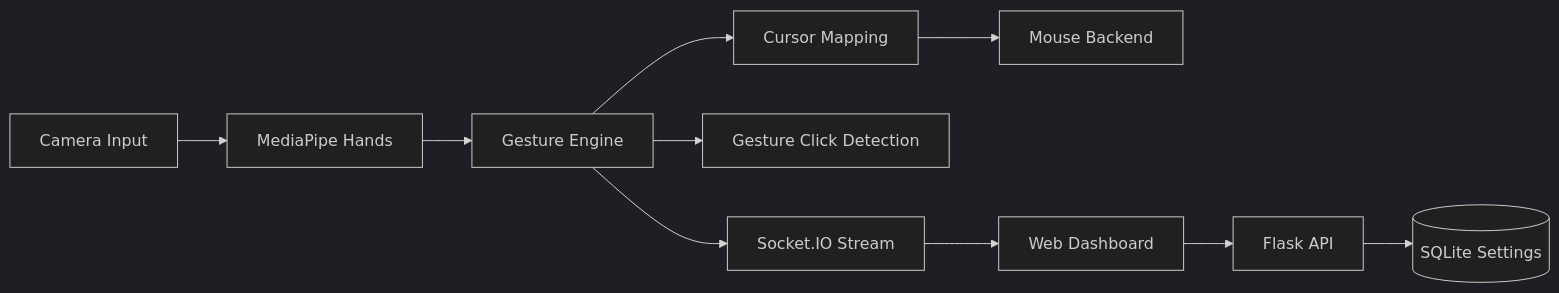
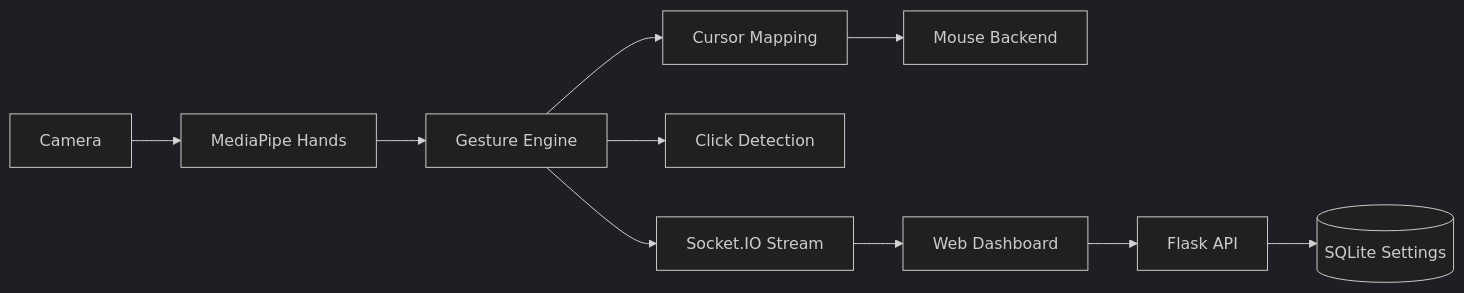
One commit to sudo-yf/hackathon2510 changed the diagram in README.md. Above: the diagram before and after it, drawn with Mermaid (dark theme). The commit also changed other lines of this file and 3 other files, not shown here.

````diff
--- a/README.md
+++ b/README.md
@@ -42,12 +30,12 @@
 ```mermaid
 graph LR
-    Cam[Camera Input] --> Vision[MediaPipe Hands]
-    Vision --> Gesture[Gesture Engine]
-    Gesture --> Cursor[Cursor Mapping]
-    Gesture --> Click[Gesture Click Detection]
-    Cursor --> Mouse[Mouse Backend]
-    Gesture --> WS[Socket.IO Stream]
-    WS --> UI[Web Dashboard]
-    UI --> API[Flask API]
+    Camera[Camera] --> Vision[MediaPipe Hands]
+    Vision --> Engine[Gesture Engine]
+    Engine --> Mapping[Cursor Mapping]
+    Engine --> Click[Click Detection]
+    Mapping --> Mouse[Mouse Backend]
+    Engine --> Stream[Socket.IO Stream]
+    Stream --> Dashboard[Web Dashboard]
+    Dashboard --> API[Flask API]
     API --> Store[(SQLite Settings)]
 ```
````
